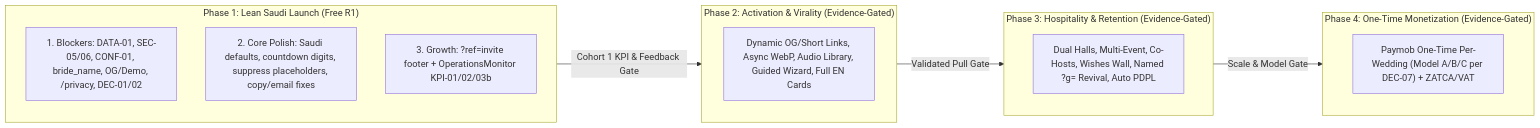
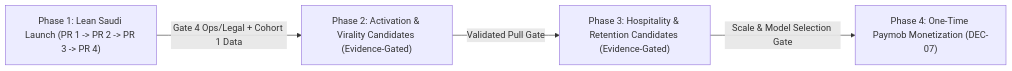
Before and after one commit to mohamedelbalooty/Zaffe: the second of 2 diagrams in docs/business/business-requirements-document.md, drawn with Mermaid. The commit also changed other lines of this file and 7 other files, not shown here.

Commit message:
docs(governance): record official PO decisions DEC-01..DEC-07 and finalize Phase 1 business spec (ZAFFE-026)

````diff
--- a/docs/business/business-requirements-document.md
+++ b/docs/business/business-requirements-document.md
@@ -265,18 +308,6 @@
 ```mermaid
 flowchart LR
-    subgraph P1["Phase 1: Lean Saudi Launch (Free R1)"]
-        P1a["1. Blockers: DATA-01, SEC-05/06, CONF-01, bride_name, OG/Demo, /privacy, DEC-01/02"]
-        P1b["2. Core Polish: Saudi defaults, countdown digits, suppress placeholders, copy/email fixes"]
-        P1c["3. Growth: ?ref=invite footer + OperationsMonitor KPI-01/02/03b"]
-    end
-    subgraph P2["Phase 2: Activation & Virality (Evidence-Gated)"]
-        P2a["Dynamic OG/Short Links, Async WebP, Audio Library, Guided Wizard, Full EN Cards"]
-    end
-    subgraph P3["Phase 3: Hospitality & Retention (Evidence-Gated)"]
-        P3a["Dual Halls, Multi-Event, Co-Hosts, Wishes Wall, Named ?g= Revival, Auto PDPL"]
-    end
-    subgraph P4["Phase 4: One-Time Monetization (Evidence-Gated)"]
-        P4a["Paymob One-Time Per-Wedding (Model A/B/C per DEC-07) + ZATCA/VAT"]
-    end
-    P1 -->|"Cohort 1 KPI & Feedback Gate"| P2 -->|"Validated Pull Gate"| P3 -->|"Scale & Model Gate"| P4
+    P1["Phase 1: Lean Saudi Launch (PR 1 -> PR 2 -> PR 3 -> PR 4)"] -->|"Gate 4 Ops/Legal + Cohort 1 Data"| P2["Phase 2: Activation & Virality Candidates (Evidence-Gated)"]
+    P2 -->|"Validated Pull Gate"| P3["Phase 3: Hospitality & Retention Candidates (Evidence-Gated)"]
+    P3 -->|"Scale & Model Selection Gate"| P4["Phase 4: One-Time Paymob Monetization (DEC-07)"]
 ```
````
